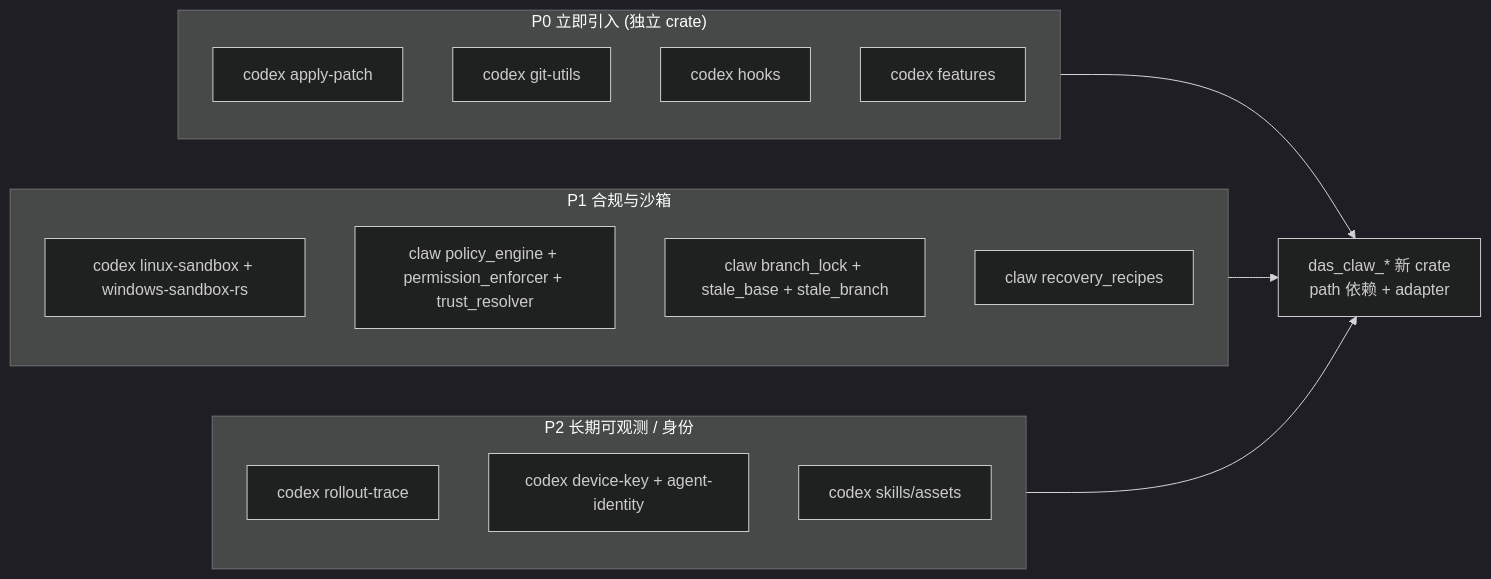
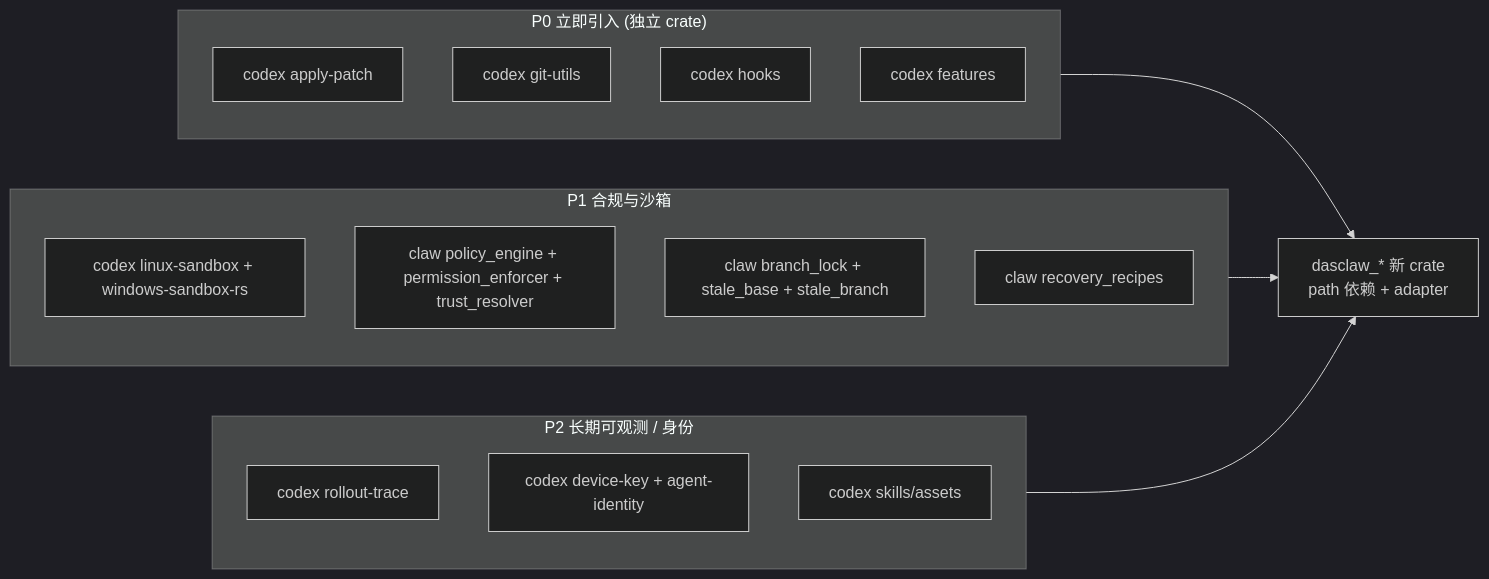
Before and after one commit to Linnanli/xClaw: the second of 4 diagrams in docs/plans/architecture-refactor/09-capability-inventory-and-migration-strategy.md, drawn with Mermaid (dark theme). The commit also changed other lines of this file and 1 other file, not shown here.

First line of the commit message:
docs(phase4): rename das_claw_* → dasclaw_* + add §8 codex porting boundary + §9 claw-code positioning

````diff
--- a/docs/plans/architecture-refactor/09-capability-inventory-and-migration-strategy.md
+++ b/docs/plans/architecture-refactor/09-capability-inventory-and-migration-strategy.md
@@ -260,23 +260,23 @@
 ```mermaid
 flowchart LR
     subgraph P0["P0 立即引入 (独立 crate)"]
         A[codex apply-patch]
         B[codex git-utils]
         C[codex hooks]
         D[codex features]
     end
     subgraph P1["P1 合规与沙箱"]
         E[codex linux-sandbox + windows-sandbox-rs]
         F[claw policy_engine + permission_enforcer + trust_resolver]
         G[claw branch_lock + stale_base + stale_branch]
         H[claw recovery_recipes]
     end
     subgraph P2["P2 长期可观测 / 身份"]
         I[codex rollout-trace]
         J[codex device-key + agent-identity]
         K[codex skills/assets]
     end
-    P0 --> Impl["das_claw_* 新 crate<br/>path 依赖 + adapter"]
+    P0 --> Impl["dasclaw_* 新 crate<br/>path 依赖 + adapter"]
     P1 --> Impl
     P2 --> Impl
 ```
````
